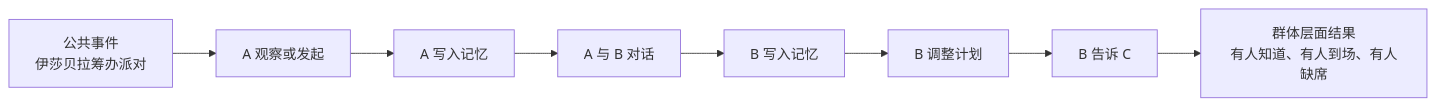
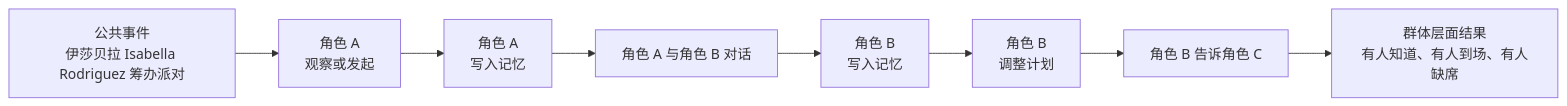
The second of 3 diagrams in docs/book/manuscript/part_01/chapter_02.md (tbkken/GenerativeAgentsCN), drawn with Mermaid before and after one commit. The commit also changed other lines of this file and 51 other files, not shown here.

````diff
--- a/docs/book/manuscript/part_01/chapter_02.md
+++ b/docs/book/manuscript/part_01/chapter_02.md
@@ -162,10 +197,10 @@
 ```mermaid
 flowchart LR
-    Event["公共事件<br/>伊莎贝拉筹办派对"] --> A["A 观察或发起"]
-    A --> MemoryA["A 写入记忆"]
-    MemoryA --> ChatAB["A 与 B 对话"]
-    ChatAB --> MemoryB["B 写入记忆"]
-    MemoryB --> PlanB["B 调整计划"]
-    PlanB --> ChatBC["B 告诉 C"]
+    Event["公共事件<br/>伊莎贝拉 Isabella Rodriguez 筹办派对"] --> A["角色 A<br/>观察或发起"]
+    A --> MemoryA["角色 A<br/>写入记忆"]
+    MemoryA --> ChatAB["角色 A 与角色 B 对话"]
+    ChatAB --> MemoryB["角色 B<br/>写入记忆"]
+    MemoryB --> PlanB["角色 B<br/>调整计划"]
+    PlanB --> ChatBC["角色 B 告诉角色 C"]
     ChatBC --> Group["群体层面结果<br/>有人知道、有人到场、有人缺席"]
 ```
````
